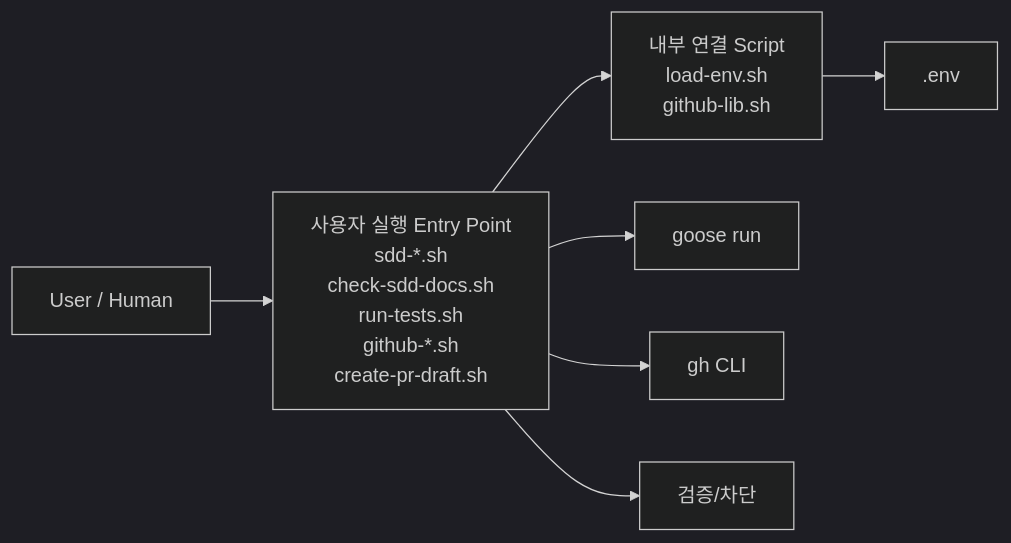
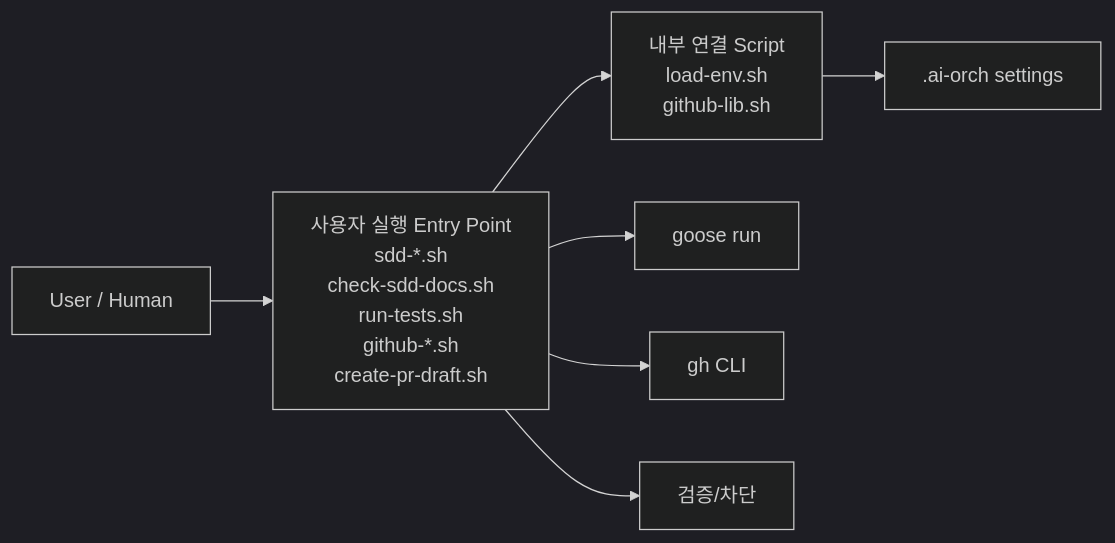
One commit to shaul1991/ai-orch changed the sixth of 9 diagrams in docs/ai-orch-flow.md. Above: the diagram before and after it, drawn with Mermaid (dark theme). The commit also changed other lines of this file and 32 other files, not shown here.

Commit message:
feat: protect critical files and move settings to ai-orch

````diff
--- a/docs/ai-orch-flow.md
+++ b/docs/ai-orch-flow.md
@@ -240,9 +240,9 @@
 ```mermaid
 flowchart LR
     USER[User / Human] --> ENTRY[사용자 실행 Entry Point<br/>sdd-*.sh<br/>check-sdd-docs.sh<br/>run-tests.sh<br/>github-*.sh<br/>create-pr-draft.sh]
     ENTRY --> INTERNAL[내부 연결 Script<br/>load-env.sh<br/>github-lib.sh]
     ENTRY --> GOOSE[goose run]
     ENTRY --> GH[gh CLI]
     ENTRY --> GUARD[검증/차단]
-    INTERNAL --> ENV[.env]
+    INTERNAL --> ENV[.ai-orch settings]
 ```
````
